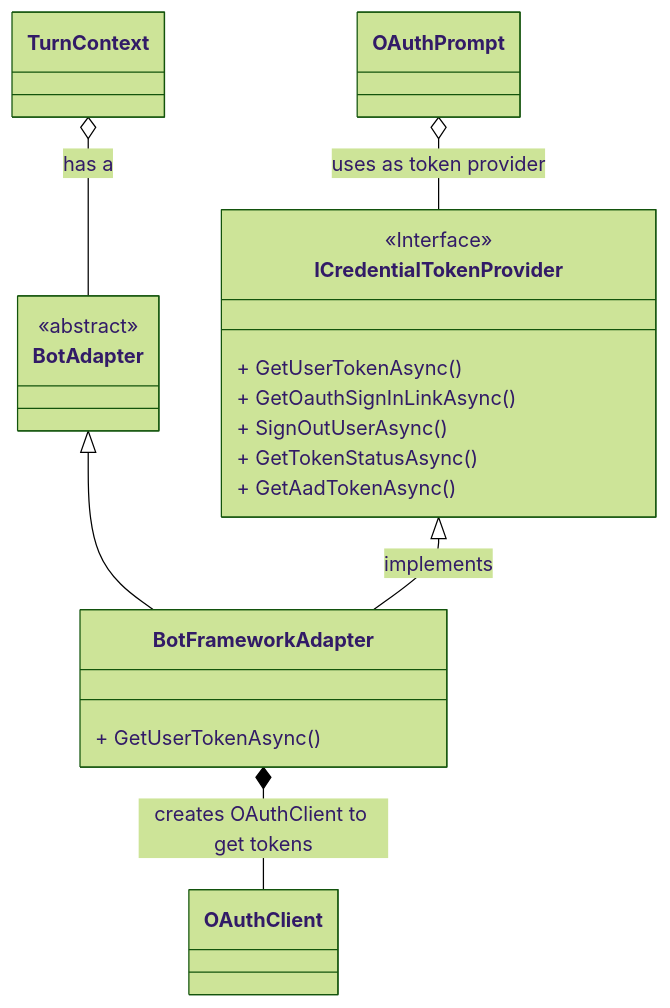
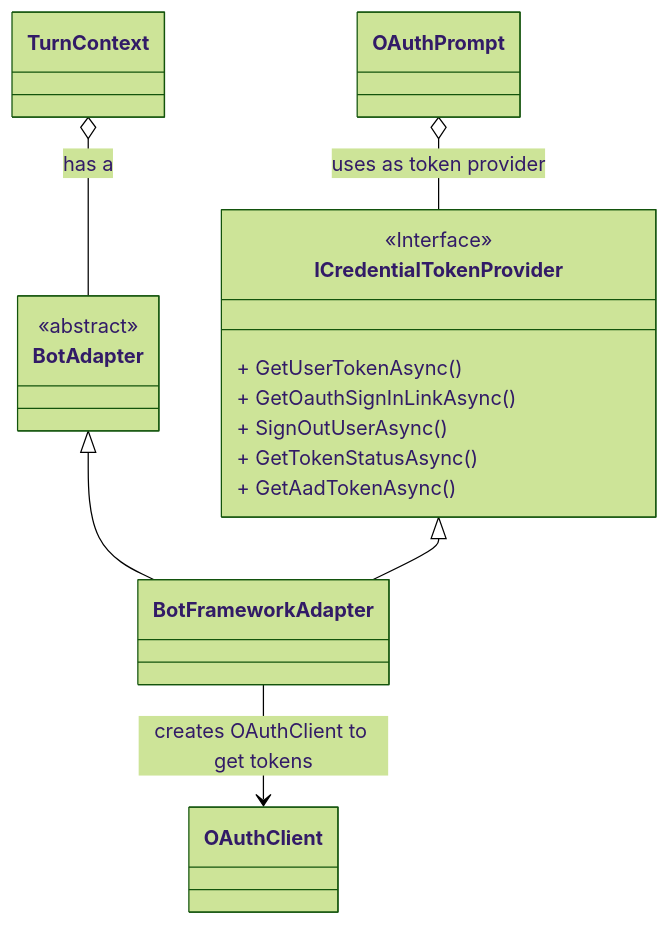
The fourth of 7 diagrams in docs/umlDiagrams/Authentication/ClassDiagrams/AdapterUsageInOAuthPrompt_DiagramSource.md (yoyogias/botframework-sdk), drawn with Mermaid (forest theme) before and after one commit. The commit also changed other lines of this file, not shown here.

Commit message:
added oauth client class diagrams for both C# and JS

````diff
--- a/docs/umlDiagrams/Authentication/ClassDiagrams/AdapterUsageInOAuthPrompt_DiagramSource.md
+++ b/docs/umlDiagrams/Authentication/ClassDiagrams/AdapterUsageInOAuthPrompt_DiagramSource.md
@@ -22,27 +27,23 @@
 ```mermaid
     classDiagram
         class OAuthPrompt
 
         class BotAdapter {
         }
         <<abstract>> BotAdapter
 
         class ICredentialTokenProvider {
             + GetUserTokenAsync()
             + GetOauthSignInLinkAsync()
             + SignOutUserAsync()
             + GetTokenStatusAsync()
             + GetAadTokenAsync()
         }
         <<Interface>> ICredentialTokenProvider
 
-        class BotFrameworkAdapter {
-            + GetUserTokenAsync()
-        }
-
         TurnContext o-- BotAdapter: has a
         OAuthPrompt o-- ICredentialTokenProvider: uses as token provider
         BotAdapter <|-- BotFrameworkAdapter
-        ICredentialTokenProvider <|-- BotFrameworkAdapter: implements
-        BotFrameworkAdapter *-- OAuthClient : creates OAuthClient to get tokens
+        ICredentialTokenProvider <|-- BotFrameworkAdapter
+        BotFrameworkAdapter --> OAuthClient : creates OAuthClient to get tokens
 ```
````
